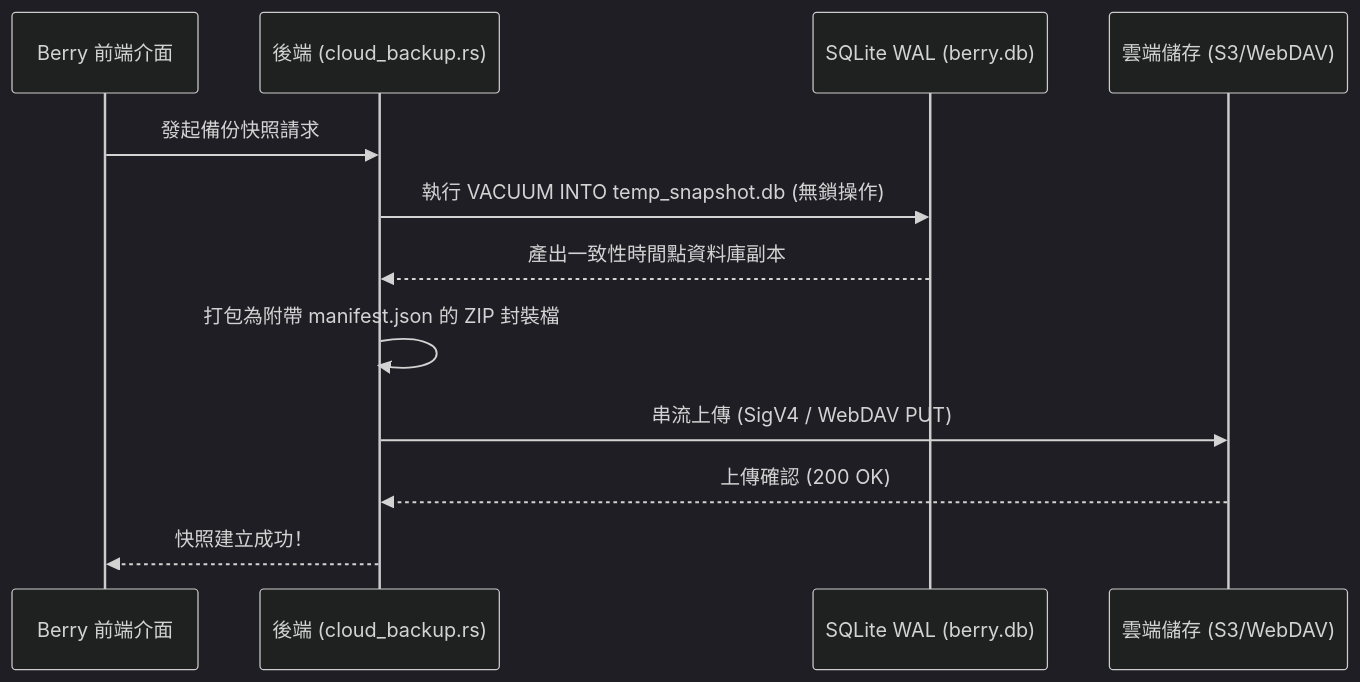
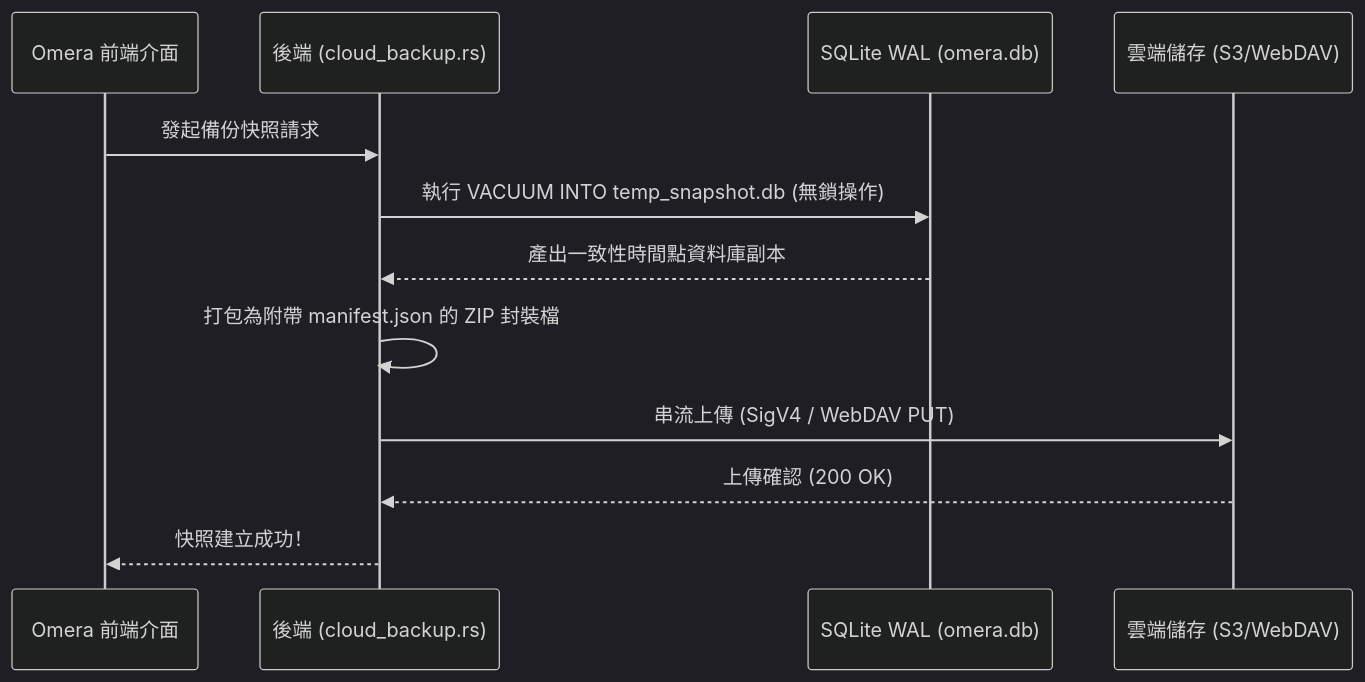
The diagram in docs/wiki/zh-TW/05-export-and-collaboration/cloud-backup-and-sync.md (BerryUIKI/Berry-AI-Studio), drawn with Mermaid (dark theme) before and after one commit. The commit also changed other lines of this file and 224 other files, not shown here.

````diff
--- a/docs/wiki/zh-TW/05-export-and-collaboration/cloud-backup-and-sync.md
+++ b/docs/wiki/zh-TW/05-export-and-collaboration/cloud-backup-and-sync.md
@@ -23,15 +23,15 @@
 ```mermaid
 sequenceDiagram
-    participant UI as Berry 前端介面
+    participant UI as Omera 前端介面
     participant Rust as 後端 (cloud_backup.rs)
-    participant DB as SQLite WAL (berry.db)
+    participant DB as SQLite WAL (omera.db)
     participant Remote as 雲端儲存 (S3/WebDAV)
 
     UI->>Rust: 發起備份快照請求
     Rust->>DB: 執行 VACUUM INTO temp_snapshot.db (無鎖操作)
     DB-->>Rust: 產出一致性時間點資料庫副本
     Rust->>Rust: 打包為附帶 manifest.json 的 ZIP 封裝檔
     Rust->>Remote: 串流上傳 (SigV4 / WebDAV PUT)
     Remote-->>Rust: 上傳確認 (200 OK)
     Rust-->>UI: 快照建立成功！
 ```
````
